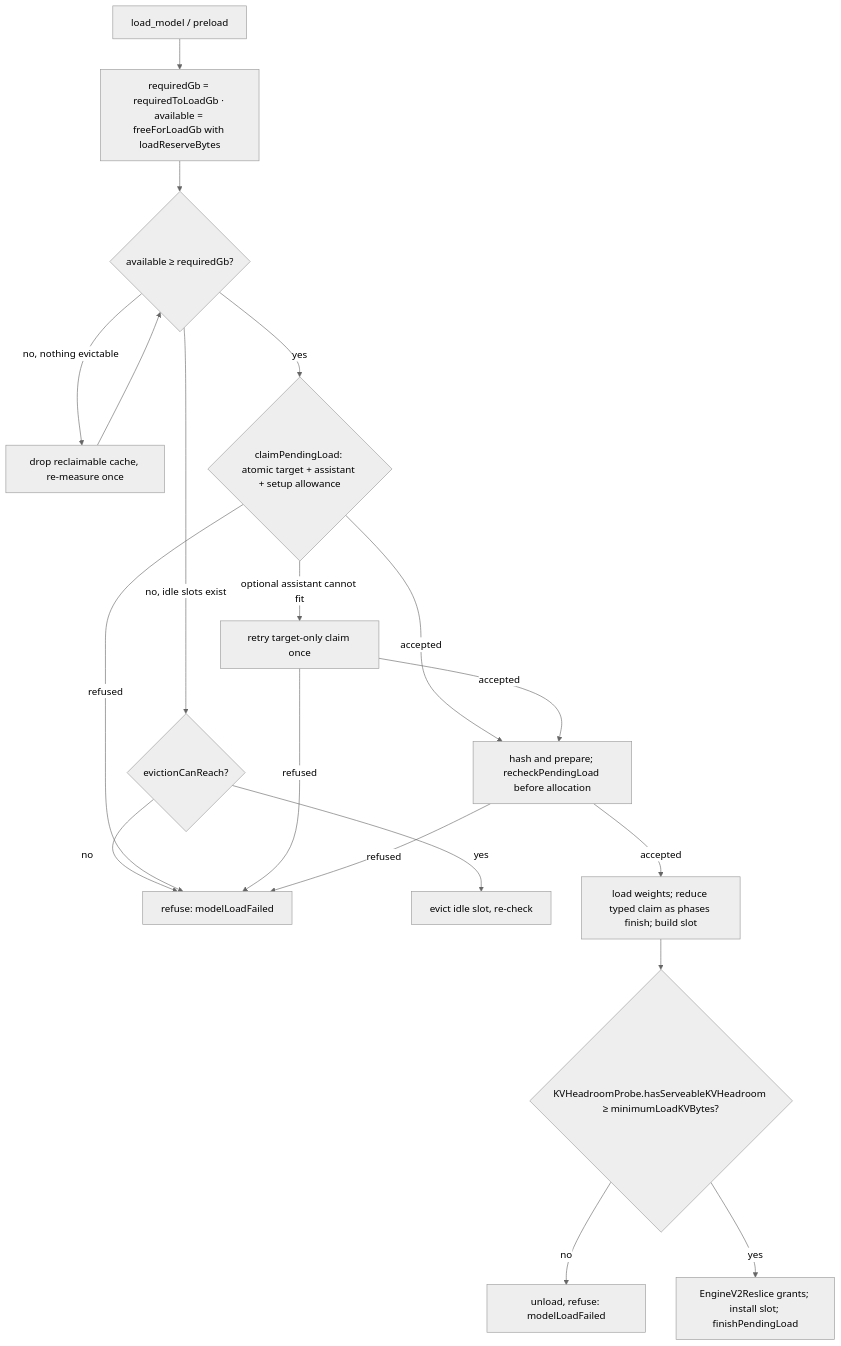
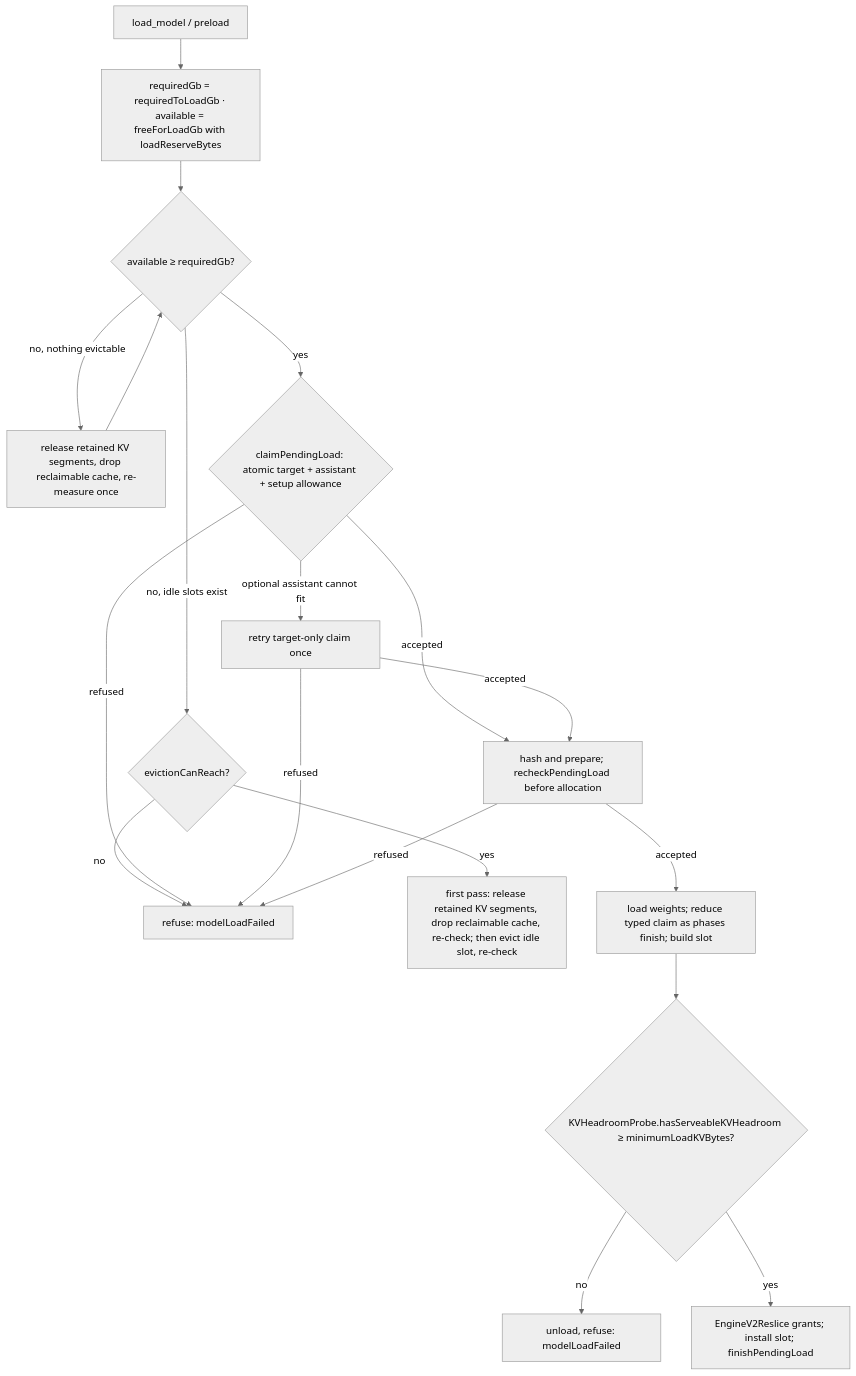
Before and after one commit to Layr-Labs/d-inference: the diagram in docs/architecture/hardware-support.md, drawn with Mermaid (neutral theme). The commit also changed other lines of this file and 2 other files, not shown here.

First line of the commit message:
docs: idle-gated cache sweep and retained paged KV segments

````diff
--- a/docs/architecture/hardware-support.md
+++ b/docs/architecture/hardware-support.md
@@ -218,21 +218,21 @@
 ```mermaid
 flowchart TD
     A[load_model / preload] --> B[requiredGb = requiredToLoadGb · available = freeForLoadGb with loadReserveBytes]
     B --> C{available ≥ requiredGb?}
     C -- no, idle slots exist --> D{evictionCanReach?}
     D -- no --> R1[refuse: modelLoadFailed]
-    D -- yes --> E[evict idle slot, re-check]
-    C -- no, nothing evictable --> F[drop reclaimable cache, re-measure once]
+    D -- yes --> E[first pass: release retained KV segments, drop reclaimable cache, re-check; then evict idle slot, re-check]
+    C -- no, nothing evictable --> F[release retained KV segments, drop reclaimable cache, re-measure once]
     F --> C
     C -- yes --> P{claimPendingLoad: atomic target + assistant + setup allowance}
     P -- optional assistant cannot fit --> T[retry target-only claim once]
     P -- accepted --> Q[hash and prepare; recheckPendingLoad before allocation]
     T -- accepted --> Q
     P -- refused --> R1
     T -- refused --> R1
     Q -- refused --> R1
     Q -- accepted --> G[load weights; reduce typed claim as phases finish; build slot]
     G --> H{KVHeadroomProbe.hasServeableKVHeadroom ≥ minimumLoadKVBytes?}
     H -- no --> R2[unload, refuse: modelLoadFailed]
     H -- yes --> I[EngineV2Reslice grants; install slot; finishPendingLoad]
 ```
````
